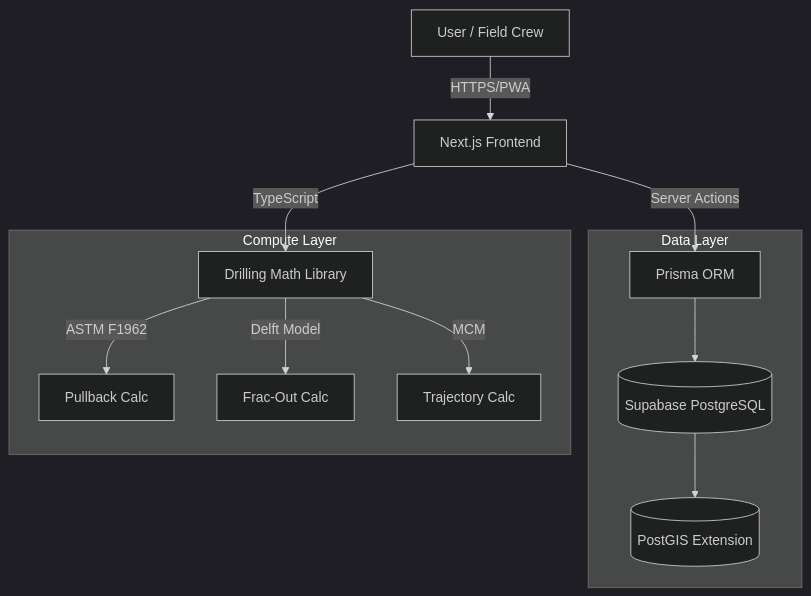
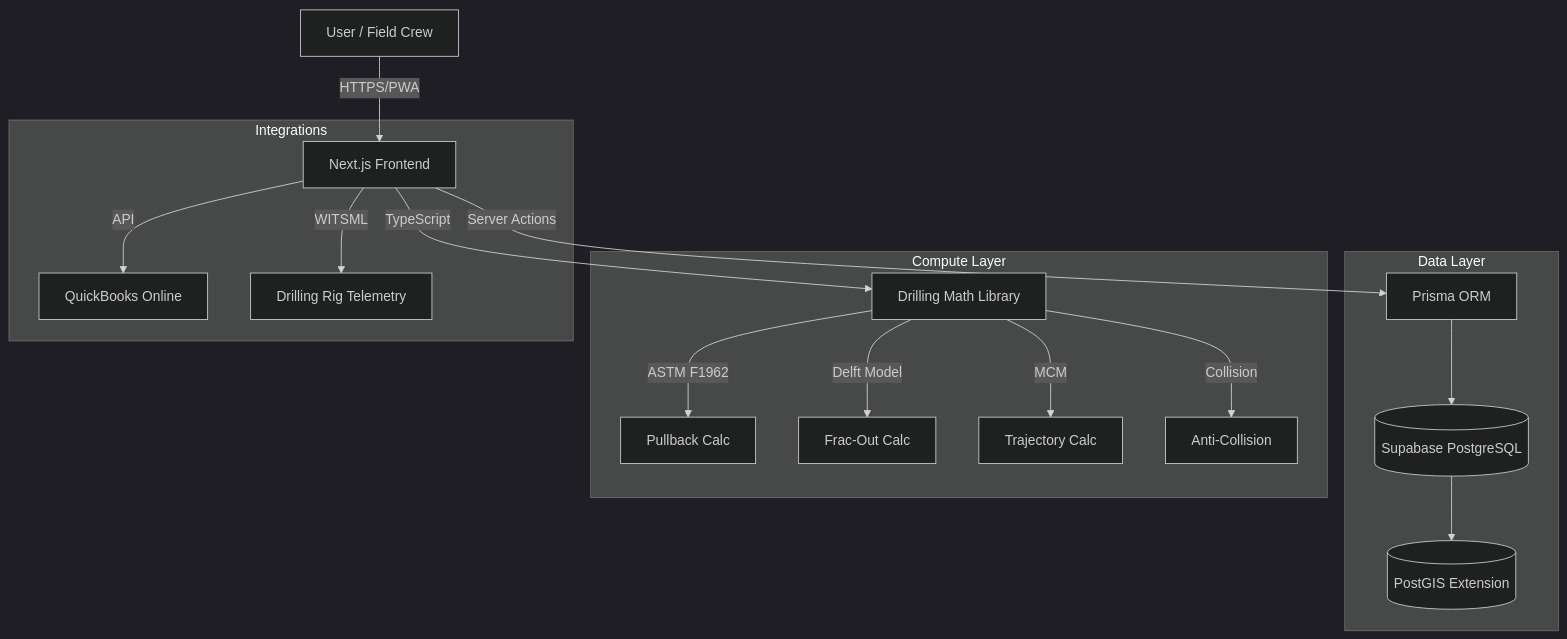
One commit to nice-and-precise/MU changed the first of 2 diagrams in README.md. Above: the diagram before and after it, drawn with Mermaid (dark theme). The commit also changed other lines of this file and 32 other files, not shown here.

````diff
--- a/README.md
+++ b/README.md
@@ -27,17 +27,23 @@
 ```mermaid
 graph TD
     User[User / Field Crew] -->|HTTPS/PWA| NextJS[Next.js Frontend]
     NextJS -->|Server Actions| Prisma[Prisma ORM]
     NextJS -->|TypeScript| DrillingLib[Drilling Math Library]
     
     subgraph "Data Layer"
         Prisma --> Supabase[(Supabase PostgreSQL)]
         Supabase --> PostGIS[(PostGIS Extension)]
     end
     
     subgraph "Compute Layer"
         DrillingLib -->|ASTM F1962| Pullback[Pullback Calc]
         DrillingLib -->|Delft Model| Hydraulics[Frac-Out Calc]
         DrillingLib -->|MCM| Trajectory[Trajectory Calc]
+        DrillingLib -->|Collision| CollisionCheck[Anti-Collision]
+    end
+
+    subgraph "Integrations"
+        NextJS -->|API| QuickBooks[QuickBooks Online]
+        NextJS -->|WITSML| RigData[Drilling Rig Telemetry]
     end
 ```
````
